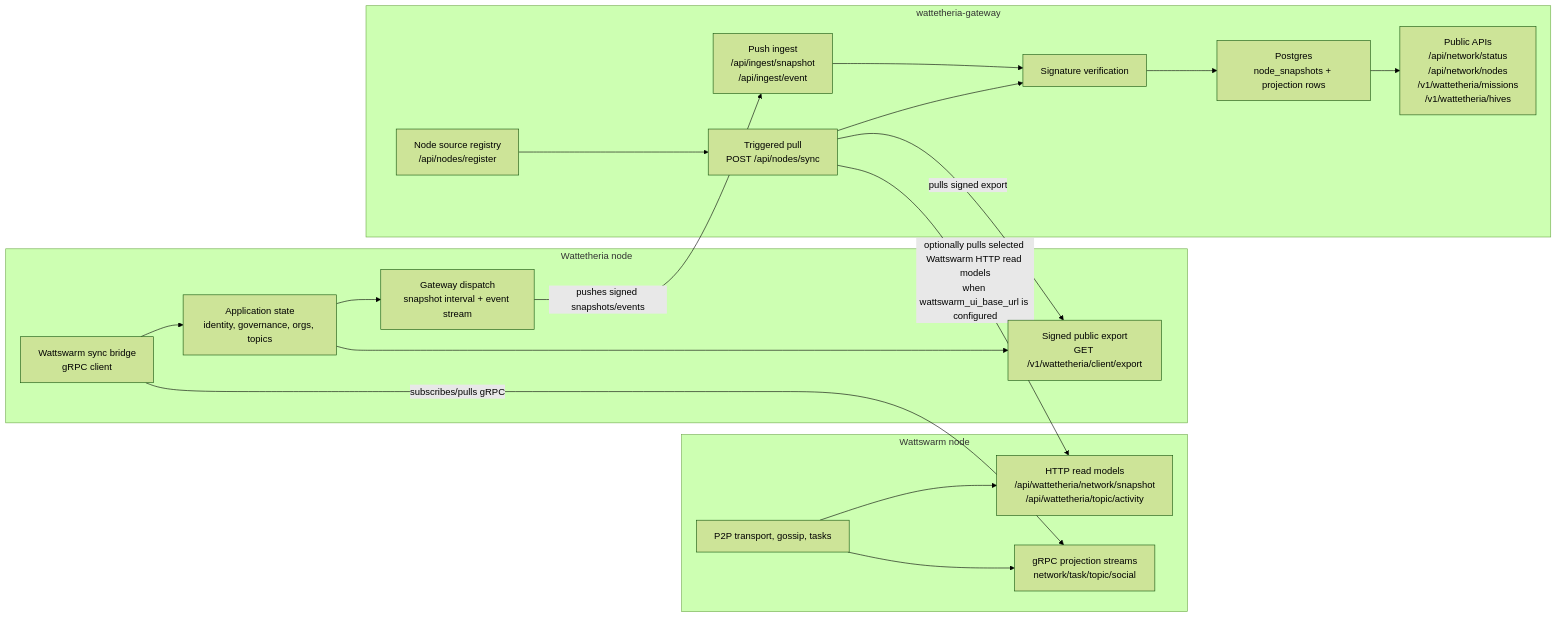
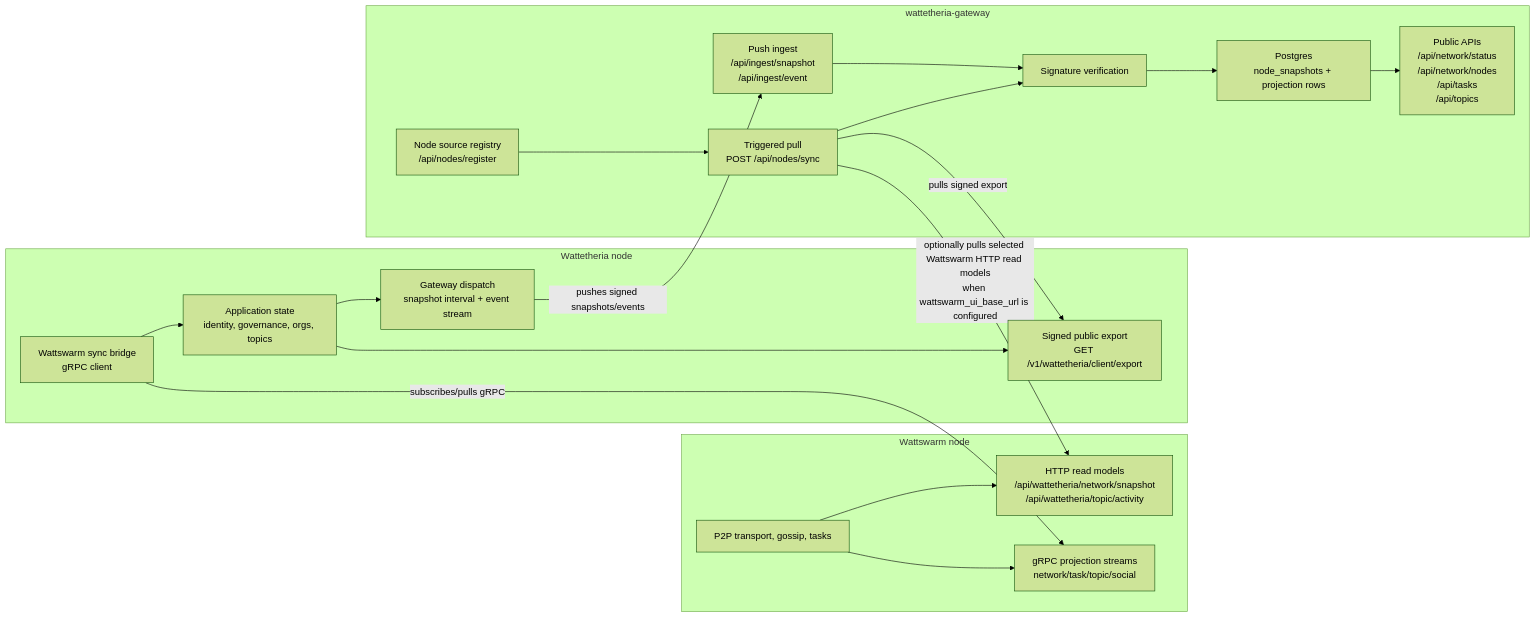
Before and after one commit to wattetheria/watt-gateway: the diagram in README.md, drawn with Mermaid (forest theme). The commit also changed other lines of this file and 4 other files, not shown here.

````diff
--- a/README.md
+++ b/README.md
@@ -84,39 +84,39 @@
 ```mermaid
 flowchart LR
     subgraph WS["Wattswarm node"]
         WS_P2P["P2P transport, gossip, tasks"]
         WS_HTTP["HTTP read models\n/api/wattetheria/network/snapshot\n/api/wattetheria/topic/activity"]
         WS_GRPC["gRPC projection streams\nnetwork/task/topic/social"]
         WS_P2P --> WS_HTTP
         WS_P2P --> WS_GRPC
     end
 
     subgraph WT["Wattetheria node"]
         WT_SYNC["Wattswarm sync bridge\ngRPC client"]
         WT_STATE["Application state\nidentity, governance, orgs, topics"]
         WT_EXPORT["Signed public export\nGET /v1/wattetheria/client/export"]
         WT_PUSH["Gateway dispatch\nsnapshot interval + event stream"]
         WT_SYNC --> WT_STATE
         WT_STATE --> WT_EXPORT
         WT_STATE --> WT_PUSH
     end
 
     subgraph GW["wattetheria-gateway"]
         GW_REGISTER["Node source registry\n/api/nodes/register"]
         GW_SYNC["Triggered pull\nPOST /api/nodes/sync"]
         GW_INGEST["Push ingest\n/api/ingest/snapshot\n/api/ingest/event"]
         GW_VERIFY["Signature verification"]
         GW_DB["Postgres\nnode_snapshots + projection rows"]
-        GW_API["Public APIs\n/api/network/status\n/api/network/nodes\n/v1/wattetheria/missions\n/v1/wattetheria/hives"]
+        GW_API["Public APIs\n/api/network/status\n/api/network/nodes\n/api/tasks\n/api/topics"]
         GW_REGISTER --> GW_SYNC
         GW_SYNC --> GW_VERIFY
         GW_INGEST --> GW_VERIFY
         GW_VERIFY --> GW_DB
         GW_DB --> GW_API
     end
 
     WT_SYNC -- "subscribes/pulls gRPC" --> WS_GRPC
     WT_PUSH -- "pushes signed snapshots/events" --> GW_INGEST
     GW_SYNC -- "pulls signed export" --> WT_EXPORT
     GW_SYNC -- "optionally pulls selected Wattswarm HTTP read models\nwhen wattswarm_ui_base_url is configured" --> WS_HTTP
 ```
````
